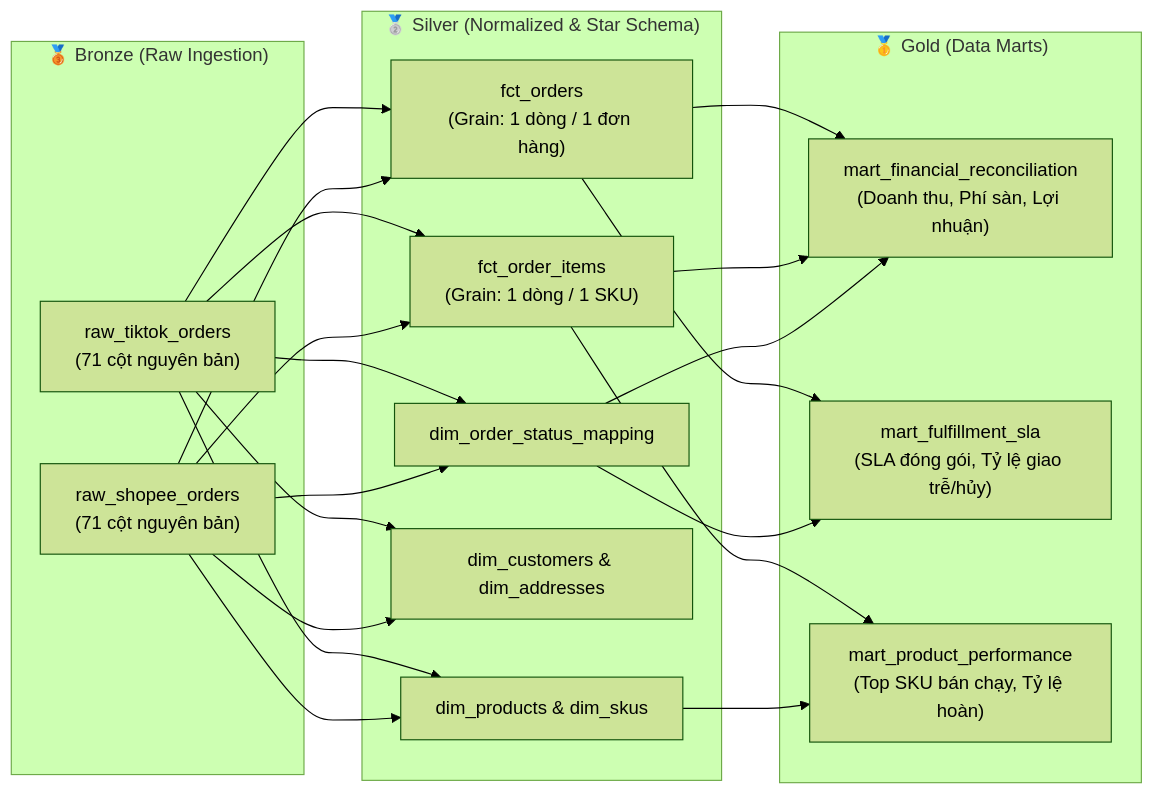
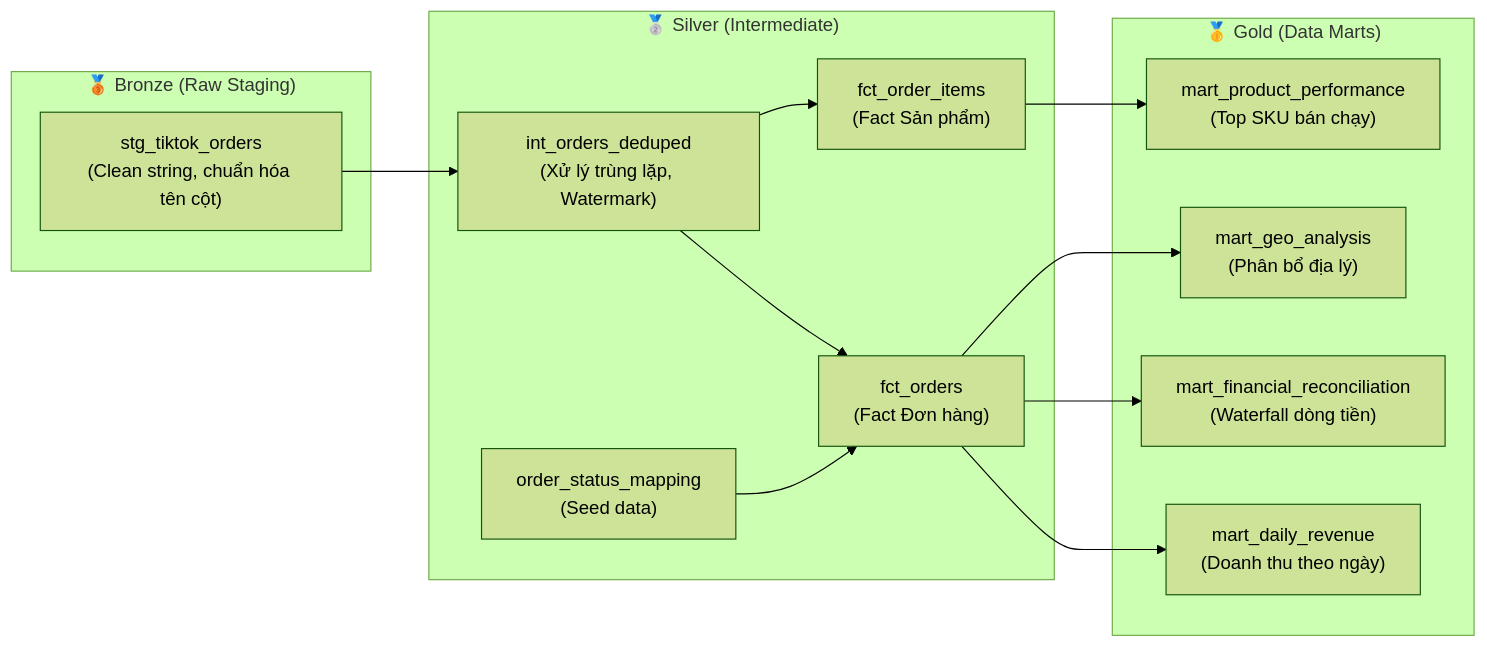
One commit to PhucTruong11/TikTok_orders_pipeline changed the second of 2 diagrams in README.md. Above: the diagram before and after it, drawn with Mermaid (forest theme). The commit also changed other lines of this file and 12 other files, not shown here.

````diff
--- a/README.md
+++ b/README.md
@@ -77,31 +70,30 @@
 ```mermaid
 flowchart LR
-    subgraph Bronze ["🥉 Bronze (Raw Ingestion)"]
-        raw_tt["raw_tiktok_orders\n(71 cột nguyên bản)"]
-        raw_sp["raw_shopee_orders\n(71 cột nguyên bản)"]
+    subgraph Bronze ["🥉 Bronze (Raw Staging)"]
+        stg_tt["stg_tiktok_orders\n(Clean string, chuẩn hóa tên cột)"]
     end
 
-    subgraph Silver ["🥈 Silver (Normalized & Star Schema)"]
-        fct_orders["fct_orders\n(Grain: 1 dòng / 1 đơn hàng)"]
-        fct_items["fct_order_items\n(Grain: 1 dòng / 1 SKU)"]
-        dim_prod["dim_products & dim_skus"]
-        dim_cust["dim_customers & dim_addresses"]
-        dim_status["dim_order_status_mapping"]
+    subgraph Silver ["🥈 Silver (Intermediate)"]
+        int_dedup["int_orders_deduped\n(Xử lý trùng lặp, Watermark)"]
+        fct_orders["fct_orders\n(Fact Đơn hàng)"]
+        fct_items["fct_order_items\n(Fact Sản phẩm)"]
+        dim_status["order_status_mapping\n(Seed data)"]
     end
 
     subgraph Gold ["🥇 Gold (Data Marts)"]
-        mart_fin["mart_financial_reconciliation\n(Doanh thu, Phí sàn, Lợi nhuận)"]
-        mart_ops["mart_fulfillment_sla\n(SLA đóng gói, Tỷ lệ giao trễ/hủy)"]
-        mart_prod["mart_product_performance\n(Top SKU bán chạy, Tỷ lệ hoàn)"]
+        mart_fin["mart_financial_reconciliation\n(Waterfall dòng tiền)"]
+        mart_rev["mart_daily_revenue\n(Doanh thu theo ngày)"]
+        mart_prod["mart_product_performance\n(Top SKU bán chạy)"]
+        mart_geo["mart_geo_analysis\n(Phân bổ địa lý)"]
     end
 
-    raw_tt & raw_sp --> fct_orders
-    raw_tt & raw_sp --> fct_items
-    raw_tt & raw_sp --> dim_prod
-    raw_tt & raw_sp --> dim_cust
-    raw_tt & raw_sp --> dim_status
+    stg_tt --> int_dedup
+    int_dedup --> fct_orders
+    int_dedup --> fct_items
+    dim_status --> fct_orders
 
-    fct_orders & fct_items & dim_status --> mart_fin
-    fct_orders & dim_status --> mart_ops
-    fct_items & dim_prod --> mart_prod
+    fct_orders --> mart_rev
+    fct_orders --> mart_fin
+    fct_items --> mart_prod
+    fct_orders --> mart_geo
 ```
````
